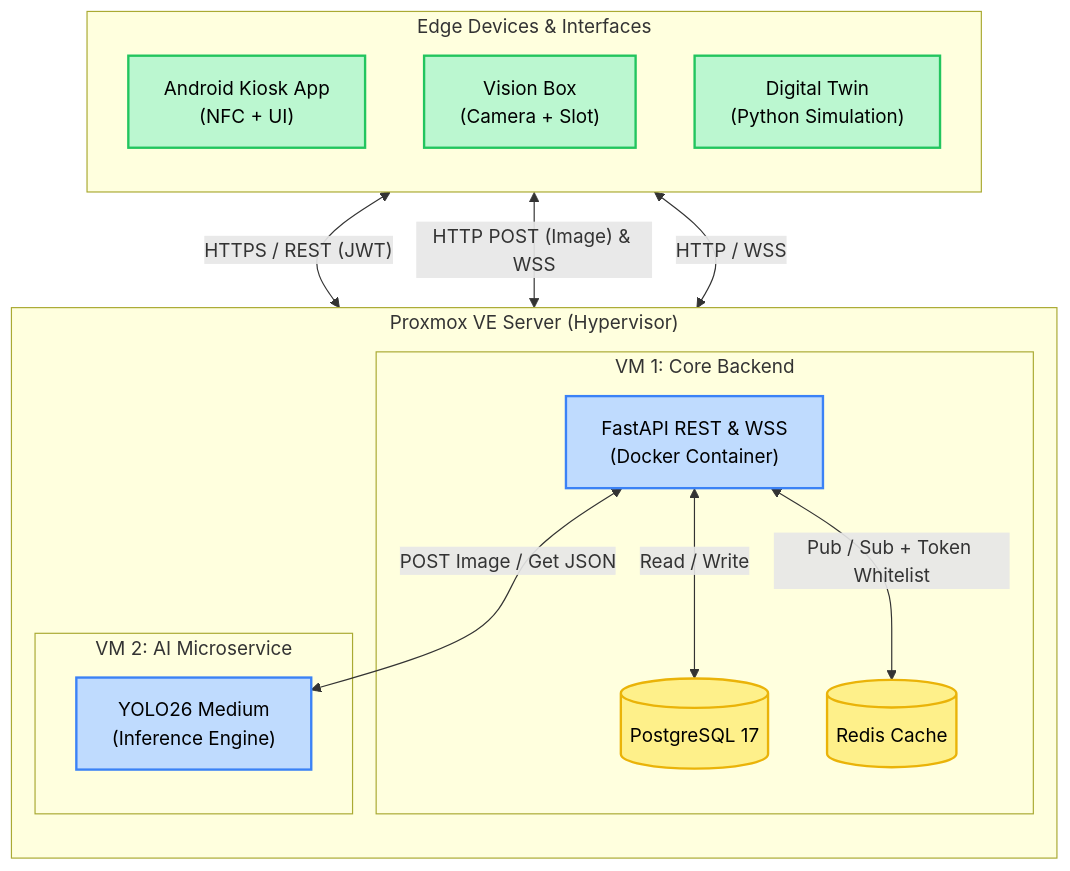
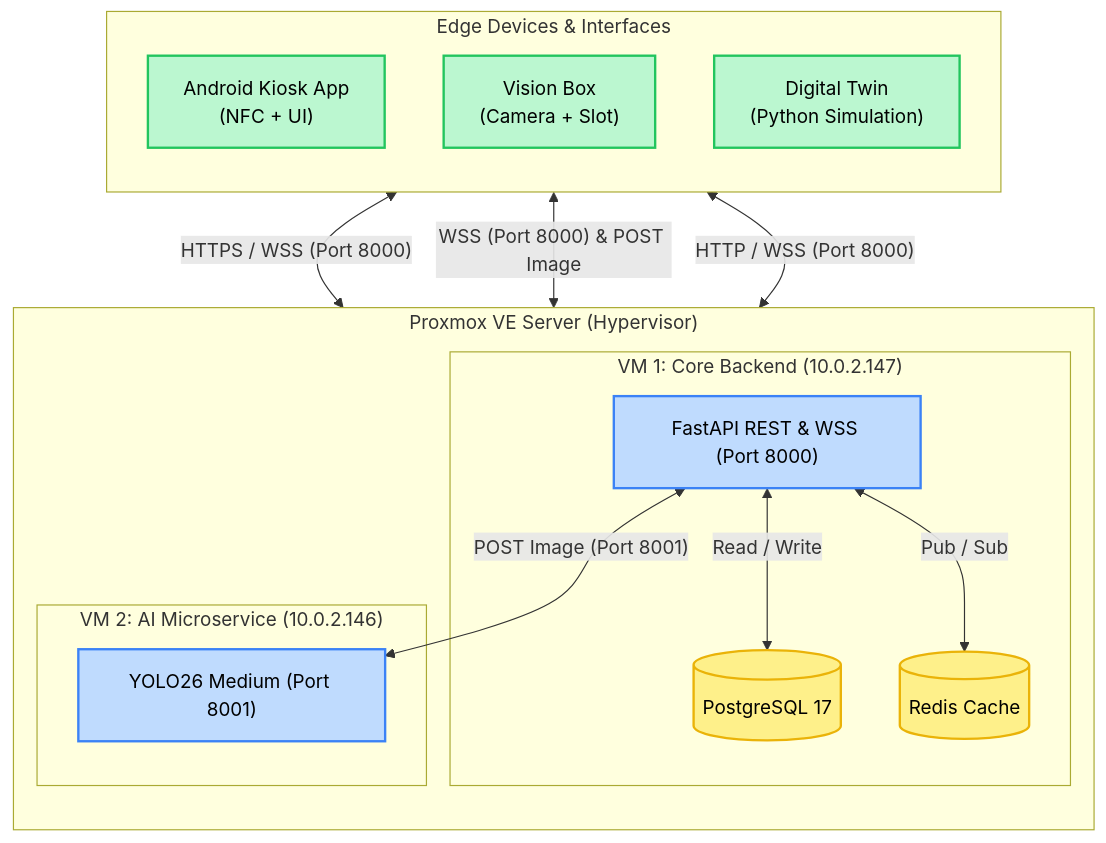
One commit to easylend-practice-enterprise/easylend changed the first of 2 diagrams in docs/architecture/01_topology.md. Above: the diagram before and after it, drawn with Mermaid. The commit also changed 9 other files, not shown here.

````diff
--- a/docs/architecture/01_topology.md
+++ b/docs/architecture/01_topology.md
@@ -8,37 +8,37 @@
 ```mermaid
 flowchart TD
     %% STYLES
     classDef container fill:#bfdbfe,stroke:#3b82f6,stroke-width:2px,color:#000;
     classDef db fill:#fef08a,stroke:#eab308,stroke-width:2px,color:#000;
     classDef edge fill:#bbf7d0,stroke:#22c55e,stroke-width:2px,color:#000;
 
     subgraph Edge ["Edge Devices & Interfaces"]
         direction TB
         K["Android Kiosk App<br/>(NFC + UI)"]:::edge
         V["Vision Box<br/>(Camera + Slot)"]:::edge
         S["Digital Twin<br/>(Python Simulation)"]:::edge
     end
 
     subgraph Proxmox ["Proxmox VE Server (Hypervisor)"]
         direction TB
 
-        subgraph VM1 ["VM 1: Core Backend"]
-            API["FastAPI REST & WSS<br/>(Docker Container)"]:::container
+        subgraph VM1 ["VM 1: Core Backend (10.0.2.147)"]
+            API["FastAPI REST & WSS (Port 8000)"]:::container
             DB[("PostgreSQL 17")]:::db
             REDIS[("Redis Cache")]:::db
         end
 
-        subgraph VM2 ["VM 2: AI Microservice"]
-            YOLO["YOLO26 Medium<br/>(Inference Engine)"]:::container
+        subgraph VM2 ["VM 2: AI Microservice (10.0.2.146)"]
+            YOLO["YOLO26 Medium (Port 8001)"]:::container
         end
     end
 
     %% Connections
-    K <-->|"HTTPS / REST (JWT)"| API
-    V <-->|"HTTP POST (Image) & WSS"| API
-    S <-->|"HTTP / WSS"| API
+    K <-->|"HTTPS / WSS (Port 8000)"| API
+    V <-->|"WSS (Port 8000) & POST Image"| API
+    S <-->|"HTTP / WSS (Port 8000)"| API
 
     API <-->|"Read / Write"| DB
-    API <-->|"Pub / Sub + Token Whitelist"| REDIS
-    API <-->|"POST Image / Get JSON"| YOLO
+    API <-->|"Pub / Sub"| REDIS
+    API <-->|"POST Image (Port 8001)"| YOLO
 ```
````
